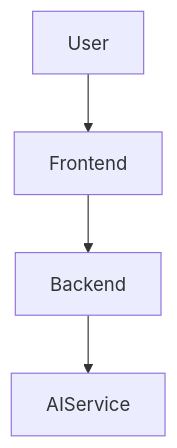
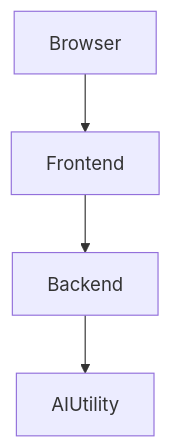
The first of 2 diagrams in README.md (yogithasivakumar/FocusZen), drawn with Mermaid before and after one commit. The commit also changed other lines of this file, not shown here.

````diff
--- a/README.md
+++ b/README.md
@@ -11,6 +11,6 @@
 ```mermaid
 flowchart TD
-    User --> Frontend
+    Browser --> Frontend
     Frontend --> Backend
-    Backend --> AIService
+    Backend --> AIUtility
 ```
````
